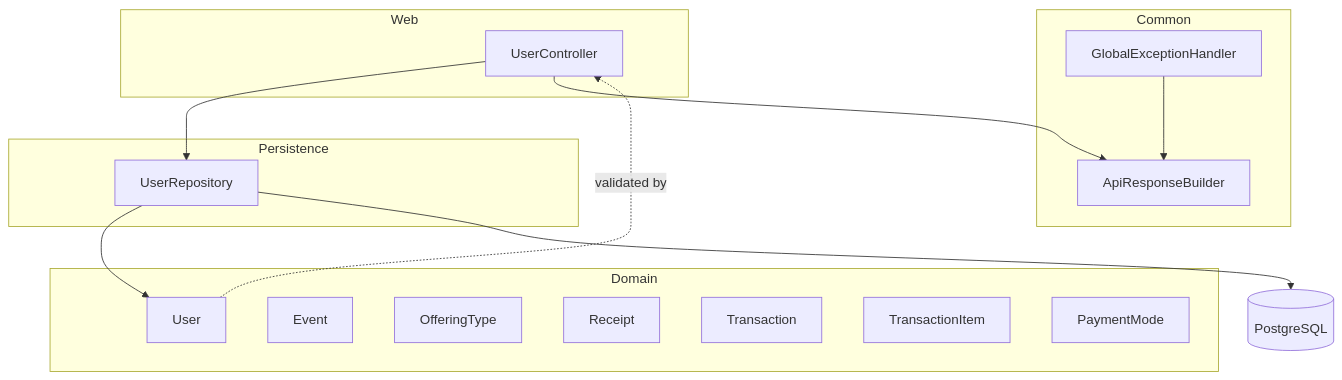
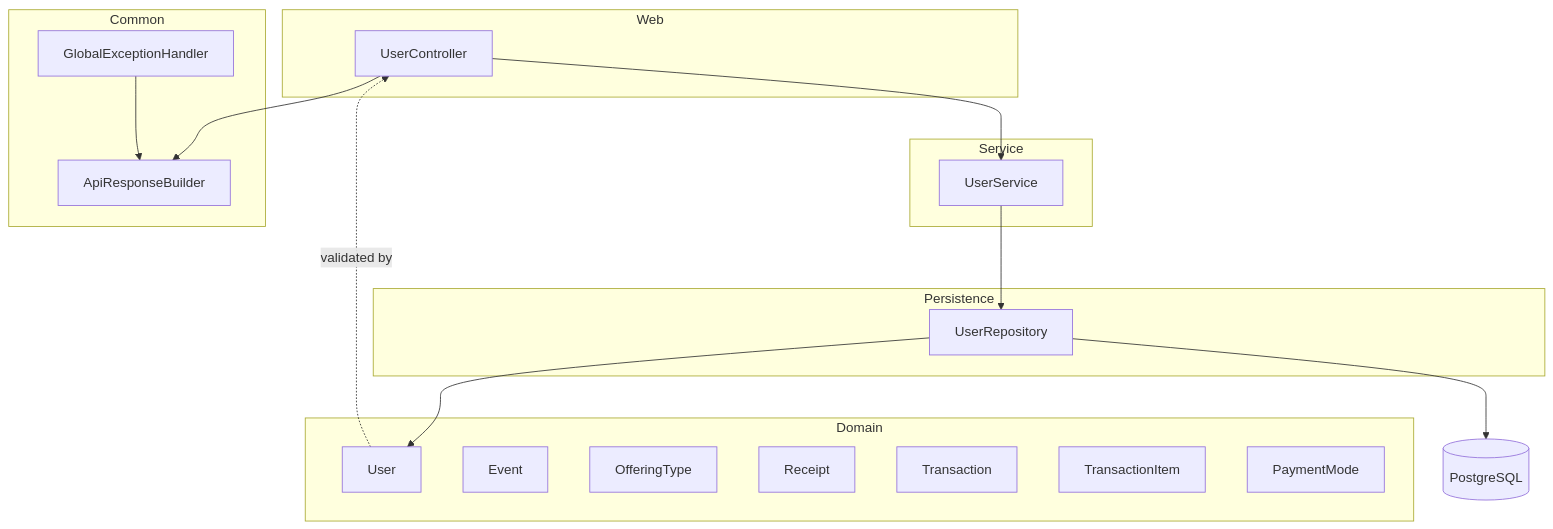
The diagram in docs/architecture.md (DKLokeswaran/db-backend), drawn with Mermaid before and after one commit. The commit also changed other lines of this file and 6 other files, not shown here.

````diff
--- a/docs/architecture.md
+++ b/docs/architecture.md
@@ -24,28 +26,32 @@
 ```mermaid
 flowchart TB
   subgraph Web
     UC[UserController]
+  end
+  subgraph Service
+    US[UserService]
   end
   subgraph Common
     ARB[ApiResponseBuilder]
     GEH[GlobalExceptionHandler]
   end
   subgraph Persistence
     UR[UserRepository]
   end
   subgraph Domain
     U[User]
     E[Event]
     OT[OfferingType]
     R[Receipt]
     T[Transaction]
     TI[TransactionItem]
     PM[PaymentMode]
   end
-  UC --> UR
+  UC --> US
+  US --> UR
   UC --> ARB
   GEH --> ARB
   UR --> U
   UR --> DB[(PostgreSQL)]
   U -.validated by.-> UC
 ```
````
